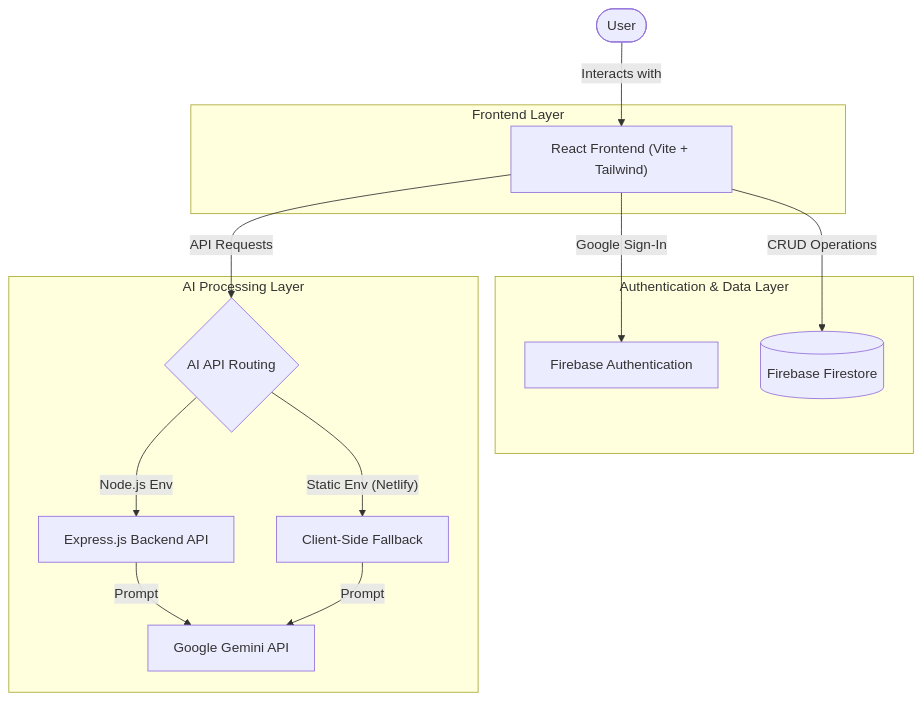
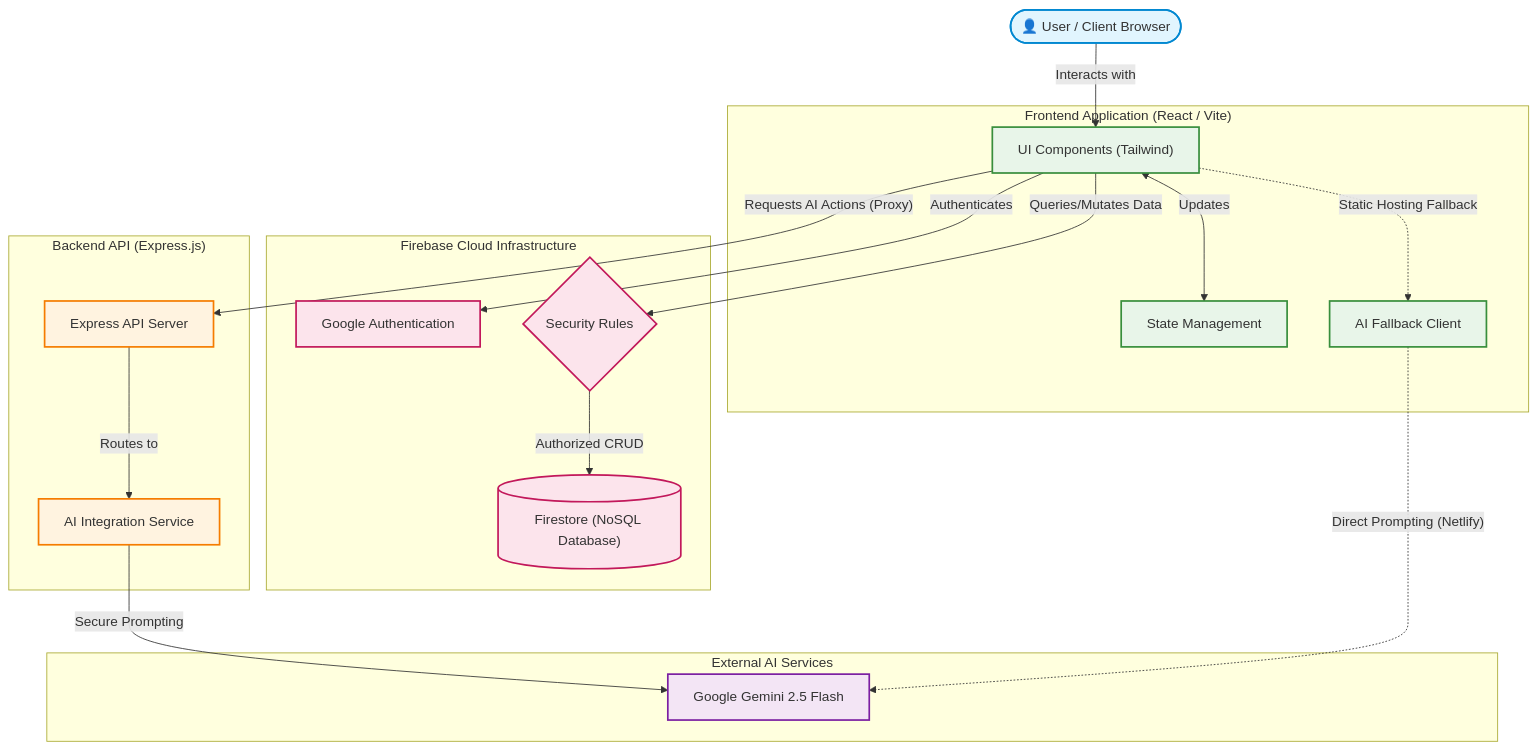
Before and after one commit to meghdewangan/MS-FlowPilot-AI: the first of 3 diagrams in README.md, drawn with Mermaid.

Commit message:
feat: Update README architecture diagram
Refactor the Mermaid diagram in the README to better represent the application's architecture, clarifying the roles of the frontend, Firebase services, and AI integration.

````diff
--- a/README.md
+++ b/README.md
@@ -14,21 +14,50 @@
 ```mermaid
-graph TD
-    User(["User"]) -->|"Interacts with"| UI["React Frontend (Vite + Tailwind)"]
-    
-    subgraph Frontend Layer
-        UI
+graph TB
+    classDef default fill:#f9f9f9,stroke:#333,stroke-width:2px;
+    classDef user fill:#e1f5fe,stroke:#0288d1,stroke-width:2px;
+    classDef frontend fill:#e8f5e9,stroke:#388e3c,stroke-width:2px;
+    classDef backend fill:#fff3e0,stroke:#f57c00,stroke-width:2px;
+    classDef db fill:#fce4ec,stroke:#c2185b,stroke-width:2px;
+    classDef ai fill:#f3e5f5,stroke:#7b1fa2,stroke-width:2px;
+
+    Client(["👤 User / Client Browser"]):::user
+
+    subgraph "Frontend Application (React / Vite)"
+        UI["UI Components (Tailwind)"]:::frontend
+        State["State Management"]:::frontend
+        AIClient["AI Fallback Client"]:::frontend
     end
-    
-    subgraph Authentication & Data Layer
-        UI -->|"Google Sign-In"| FirebaseAuth["Firebase Authentication"]
-        UI -->|"CRUD Operations"| Firestore[("Firebase Firestore")]
+
+    subgraph "Firebase Cloud Infrastructure"
+        Auth["Google Authentication"]:::db
+        Firestore[("Firestore (NoSQL Database)")]:::db
+        Rules{"Security Rules"}:::db
     end
-    
-    subgraph AI Processing Layer
-        UI -->|"API Requests"| API{"AI API Routing"}
-        API -->|"Node.js Env"| Express["Express.js Backend API"]
-        API -->|"Static Env (Netlify)"| Fallback["Client-Side Fallback"]
-        Express -->|"Prompt"| Gemini["Google Gemini API"]
-        Fallback -->|"Prompt"| Gemini
+
+    subgraph "Backend API (Express.js)"
+        Server["Express API Server"]:::backend
+        AIHandler["AI Integration Service"]:::backend
     end
+
+    subgraph "External AI Services"
+        Gemini["Google Gemini 2.5 Flash"]:::ai
+    end
+
+    %% Relationships
+    Client -->|"Interacts with"| UI
+    UI <-->|"Updates"| State
+
+    %% Auth & DB
+    UI -->|"Authenticates"| Auth
+    UI -->|"Queries/Mutates Data"| Rules
+    Rules -->|"Authorized CRUD"| Firestore
+
+    %% API & AI Routing
+    UI -->|"Requests AI Actions (Proxy)"| Server
+    UI -.->|"Static Hosting Fallback"| AIClient
+
+    %% Backend Flow
+    Server -->|Routes to| AIHandler
+    AIHandler -->|"Secure Prompting"| Gemini
+    AIClient -.->|"Direct Prompting (Netlify)"| Gemini
 ```
````
